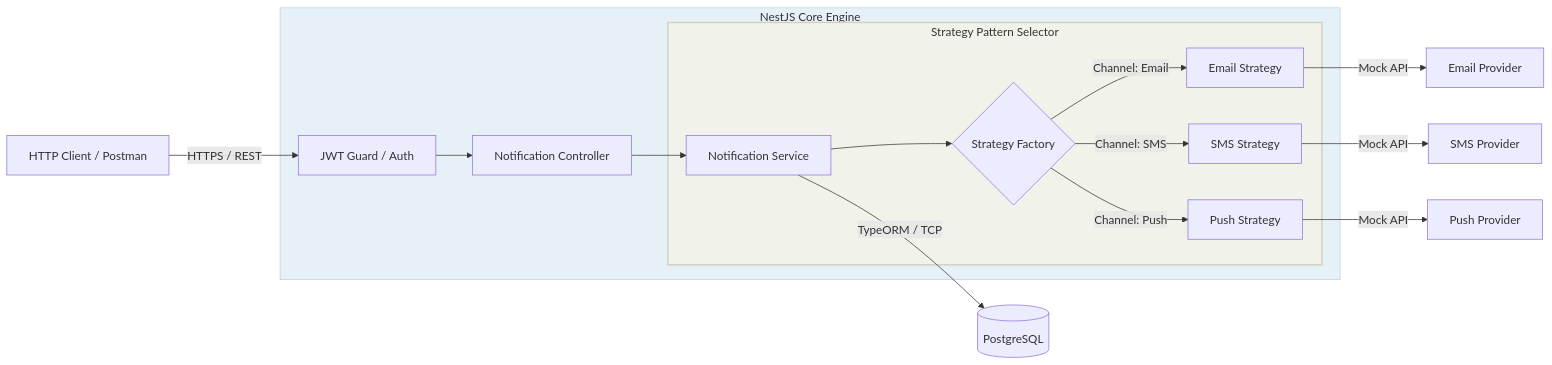
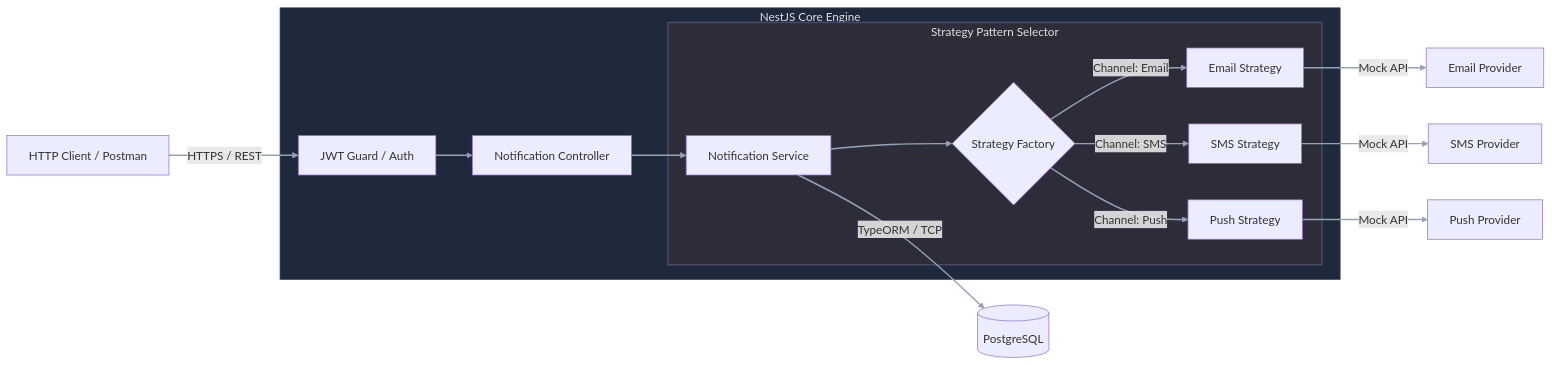
Before and after one commit to andrescasa-dev/concurrent-notification-hub: the first of 2 diagrams in ARCHITECTURE.md, drawn with Mermaid. The commit also changed other lines of this file and 9 other files, not shown here.

Commit message:
chore: refine Docker Compose configurations for development and testing, enhance architecture documentation with updated phase diagrams, and streamline .dockerignore by removing unnecessary test files

````diff
--- a/ARCHITECTURE.md
+++ b/ARCHITECTURE.md
@@ -3,29 +3,33 @@
 ```mermaid
 flowchart LR
  subgraph Strategy_Pattern["Strategy Pattern Selector"]
         Strategy{"Strategy Factory"}
         Service["Notification Service"]
         Email["Email Strategy"]
         SMS["SMS Strategy"]
         Push["Push Strategy"]
-  end
+ end
  subgraph NestJS_Core_Engine["NestJS Core Engine"]
         Controller["Notification Controller"]
         Auth["JWT Guard / Auth"]
         Strategy_Pattern
-  end
+ end
     Client["HTTP Client / Postman"] -- HTTPS / REST --> Auth
     Auth --> Controller
     Controller --> Service
     Service --> Strategy
-    Strategy -- Channel: Email --> Email
-    Strategy -- Channel: SMS --> SMS
-    Strategy -- Channel: Push --> Push
+    Strategy -- "Channel: Email" --> Email
+    Strategy -- "Channel: SMS" --> SMS
+    Strategy -- "Channel: Push" --> Push
     Service -- TypeORM / TCP --> DB[("PostgreSQL")]
     Email -- Mock API --> Provider1["Email Provider"]
     SMS -- Mock API --> Provider2["SMS Provider"]
     Push -- Mock API --> Provider3["Push Provider"]
 
-    style Strategy_Pattern fill:#f1f2ea,stroke:#cfd2c1,stroke-width:2px
-    style NestJS_Core_Engine fill:#e6f1f7,stroke:#bcd1db,stroke-width:1px
+    %% Estilos optimizados para modo oscuro
+    style Strategy_Pattern fill:#2d2d3a,stroke:#4a4a6a,stroke-width:2px,color:#e0e0e0
+    style NestJS_Core_Engine fill:#1e293b,stroke:#334155,stroke-width:1px,color:#e0e0e0
+
+    %% Opcional: Estilo global para nodos si es necesario
+    linkStyle default stroke:#94a3b8,stroke-width:2px
 ```
````
